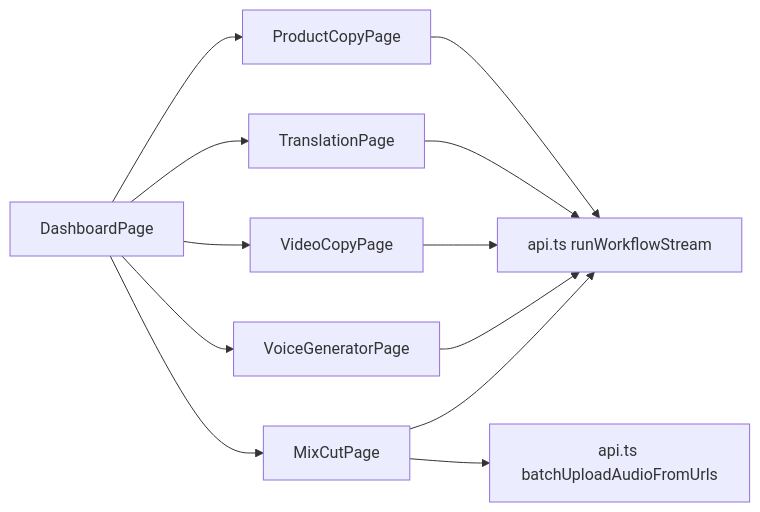
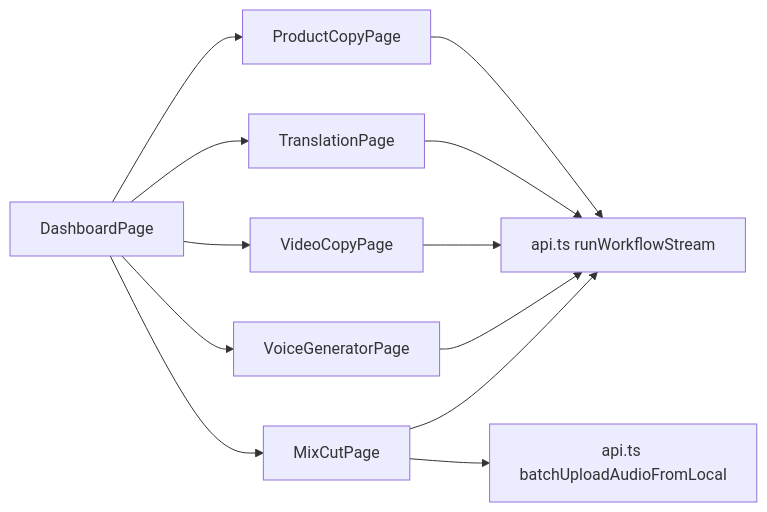
The ninth of 11 diagrams in .qoder/repowiki/zh/content/多模态工作流模块/多模态工作流模块.md (hanksd769-droid/sailshub), drawn with Mermaid before and after one commit. The commit also changed other lines of this file and 3 other files, not shown here.

````diff
--- a/.qoder/repowiki/zh/content/多模态工作流模块/多模态工作流模块.md
+++ b/.qoder/repowiki/zh/content/多模态工作流模块/多模态工作流模块.md
@@ -387,14 +393,14 @@
 ```mermaid
 graph LR
 Dash["DashboardPage"] --> Copy["ProductCopyPage"]
 Dash --> Trans["TranslationPage"]
 Dash --> Video["VideoCopyPage"]
 Dash --> Voice["VoiceGeneratorPage"]
 Dash --> Mix["MixCutPage"]
 Copy --> API["api.ts runWorkflowStream"]
 Trans --> API
 Video --> API
 Voice --> API
 Mix --> API
-Mix --> AudioAPI["api.ts batchUploadAudioFromUrls"]
+Mix --> AudioAPI["api.ts batchUploadAudioFromLocal"]
 ```
````
